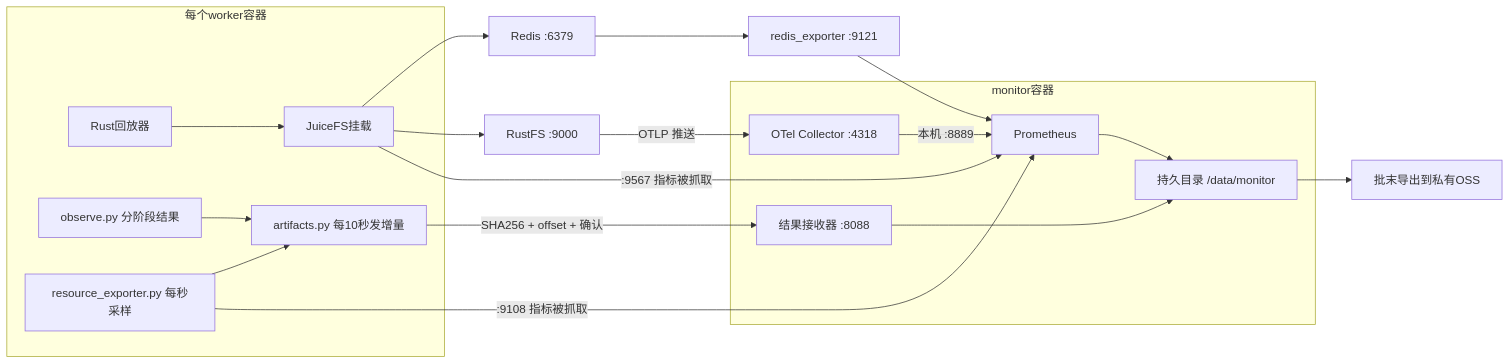
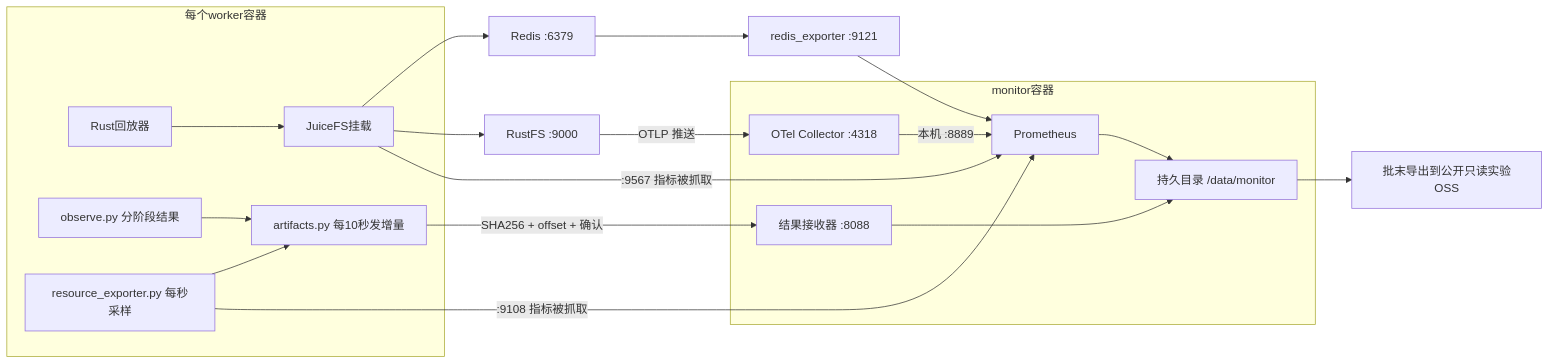
Before and after one commit to Ivanbeethoven/ax-multi-agent-experiments: the diagram in scenarios/k8s-containers/observability.md, drawn with Mermaid. The commit also changed other lines of this file and 14 other files, not shown here.

````diff
--- a/scenarios/k8s-containers/observability.md
+++ b/scenarios/k8s-containers/observability.md
@@ -5,29 +5,29 @@
 ```mermaid
 flowchart LR
   subgraph Worker[每个worker容器]
     R[Rust回放器] --> J[JuiceFS挂载]
     O[observe.py 分阶段结果]
     E[resource_exporter.py 每秒采样]
     S[artifacts.py 每10秒发增量]
     O --> S
     E --> S
   end
   J --> D[Redis :6379]
   J --> F[RustFS :9000]
   D --> X[redis_exporter :9121]
   subgraph Monitor[monitor容器]
     C[OTel Collector :4318]
     P[Prometheus]
     A[结果接收器 :8088]
     T[持久目录 /data/monitor]
     C -->|本机 :8889| P
     P --> T
     A --> T
   end
   J -->|:9567 指标被抓取| P
   E -->|:9108 指标被抓取| P
   X --> P
   F -->|OTLP 推送| C
   S -->|SHA256 + offset + 确认| A
-  T --> OSS[批末导出到私有OSS]
+  T --> OSS[批末导出到公开只读实验OSS]
 ```
````
